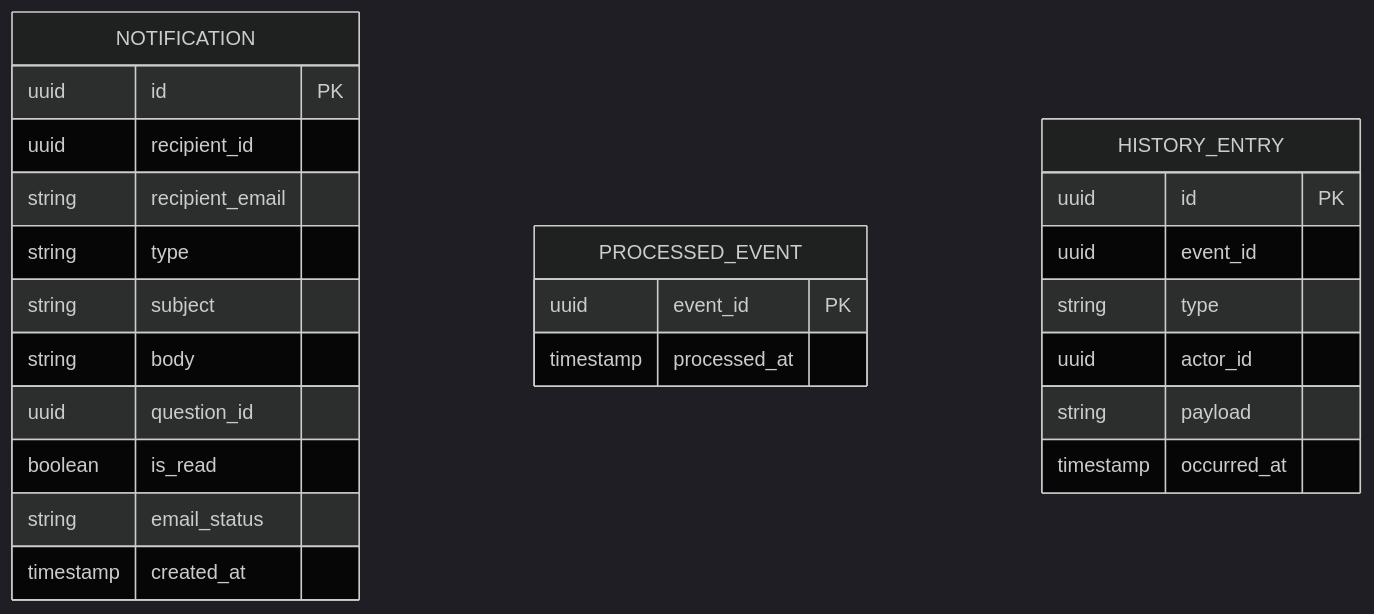
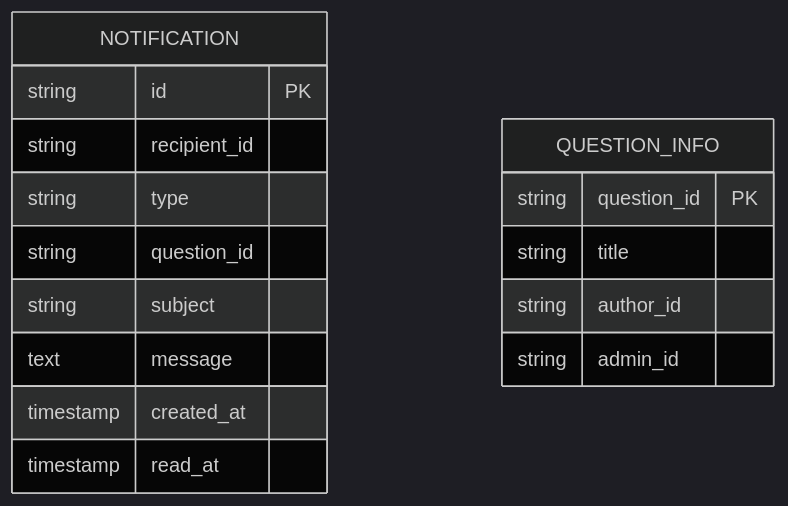
One commit to DVLASZ/banco-preguntas-saberpro changed diagram 20 of 27 in docs/corte-2/03-arquitectura-c4-uml.md. Above: the diagram before and after it, drawn with Mermaid (dark theme). The commit also changed other lines of this file and 83 other files, not shown here.

Commit message:
Documentación de la arquitectura de 14 servicios: historias, contextos y eventos, C4, patrones y prototipos, con todos los diagramas

````diff
--- a/docs/corte-2/03-arquitectura-c4-uml.md
+++ b/docs/corte-2/03-arquitectura-c4-uml.md
@@ -342,27 +665,19 @@
 ```mermaid
 erDiagram
   NOTIFICATION {
-    uuid id PK
-    uuid recipient_id
-    string recipient_email
+    string id PK
+    string recipient_id
     string type
+    string question_id
     string subject
-    string body
-    uuid question_id
-    boolean is_read
-    string email_status
+    text message
     timestamp created_at
+    timestamp read_at
   }
-  PROCESSED_EVENT {
-    uuid event_id PK
-    timestamp processed_at
-  }
-  HISTORY_ENTRY {
-    uuid id PK
-    uuid event_id
-    string type
-    uuid actor_id
-    string payload
-    timestamp occurred_at
+  QUESTION_INFO {
+    string question_id PK
+    string title
+    string author_id
+    string admin_id
   }
 ```
````
